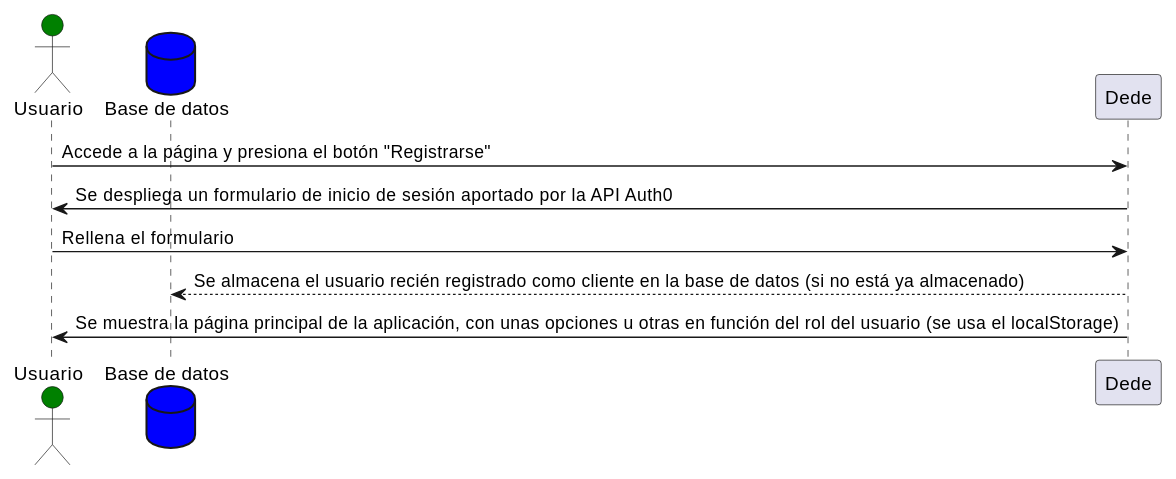
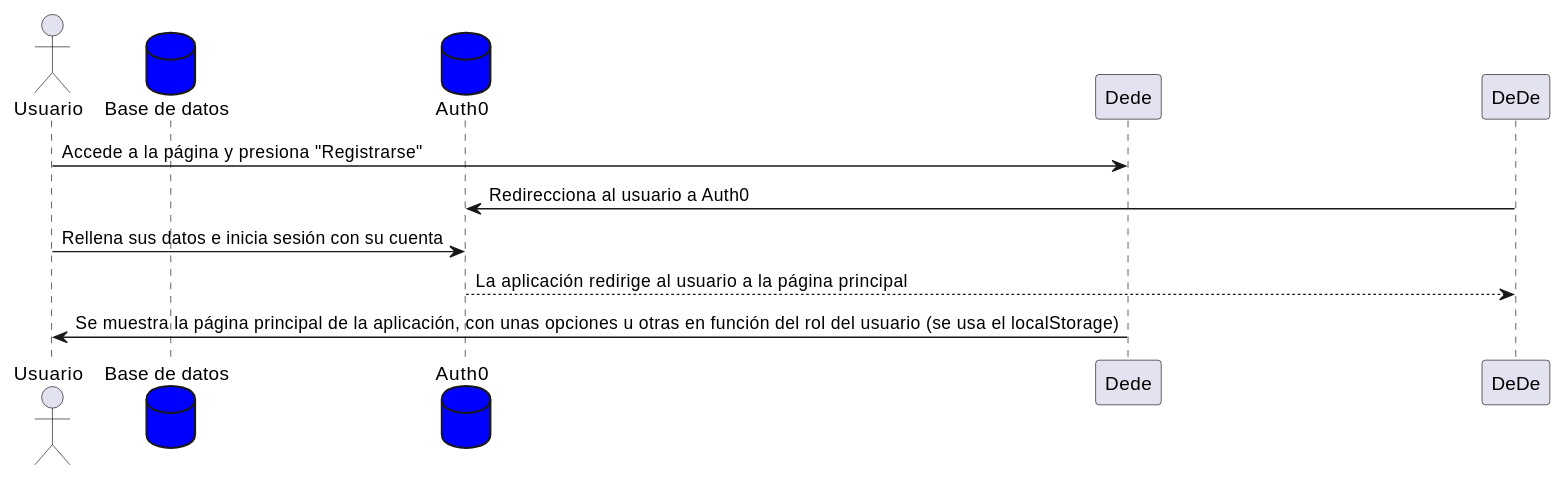
The fifth of 7 diagrams in docs/06_runtime_view.adoc (Arquisoft/dede_es2a), drawn with PlantUML before and after one commit. The commit also changed other lines of this file and 1 other file, not shown here.

Commit message:
Retoques diagrama de secuencia y app

```diff
--- a/docs/06_runtime_view.adoc
+++ b/docs/06_runtime_view.adoc
@@ -96,10 +96,11 @@
 [plantuml,"InicioSesion",png]
 ----
-actor Usuario #green
+actor Usuario
 database BaseDeDatos as "Base de datos" #blue
-Usuario -> Dede: Accede a la página y presiona el botón "Registrarse"
-Usuario <- Dede: Se despliega un formulario de inicio de sesión aportado por la API Auth0
-Usuario -> Dede: Rellena el formulario
-BaseDeDatos <-- Dede: Se almacena el usuario recién registrado como cliente en la base de datos (si no está ya almacenado)
+database Auth0 as "Auth0" #blue
+Usuario -> Dede: Accede  a la página y presiona "Registrarse"
+DeDe -> Auth0: Redirecciona al usuario a Auth0
+Usuario -> Auth0: Rellena sus datos e inicia sesión con su cuenta
+DeDe <-- Auth0: La aplicación redirige al usuario a la página principal
 Usuario <- Dede: Se muestra la página principal de la aplicación, con unas opciones u otras en función del rol del usuario (se usa el localStorage)
 ----
```
